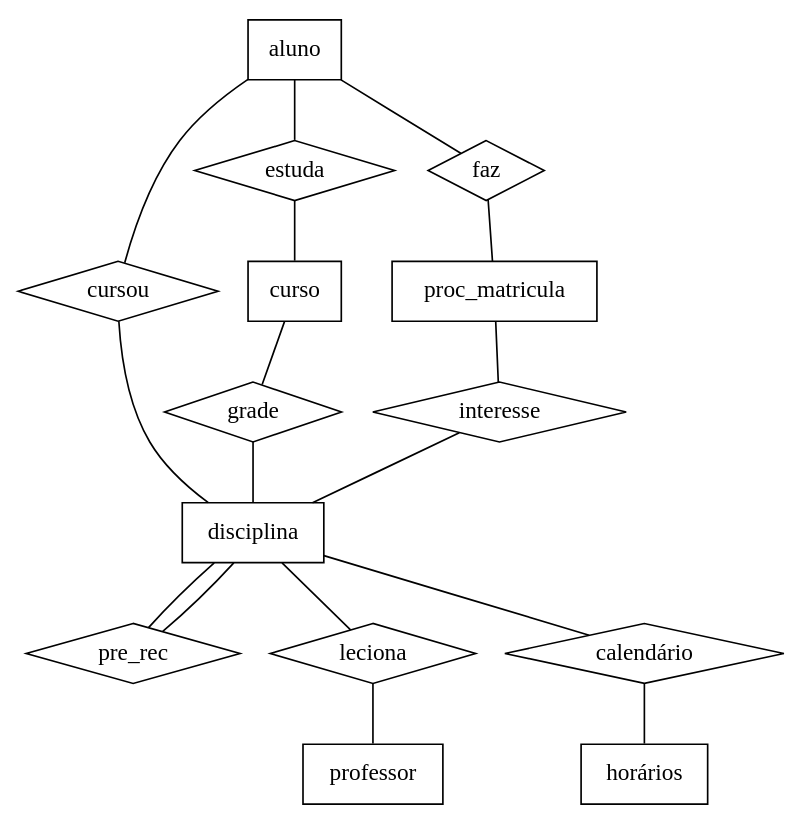
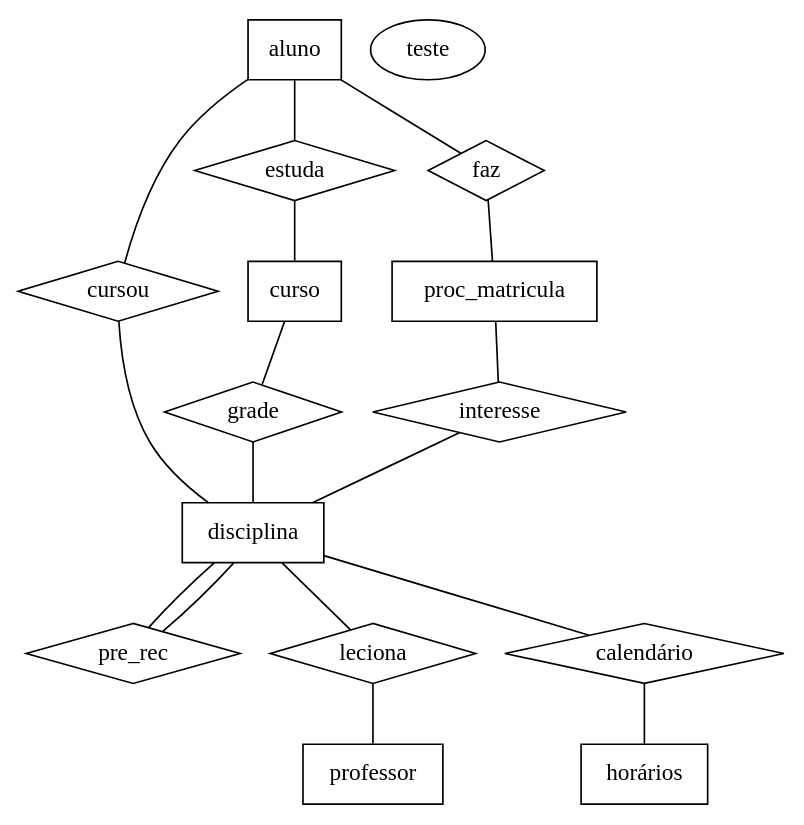
The diagram in diagramaER.dot (brunomarcosespindola/BCD), drawn with Graphviz before and after one commit.

Commit message:
primeiro teste com git

```diff
--- a/diagramaER.dot
+++ b/diagramaER.dot
@@ -1,32 +1,34 @@
 graph diagramaER {
 
 //ENTIDADES
 aluno [shape=record]
 disciplina [shape=record]
 professor [shape=record]
 curso [shape=record]
 horários[shape=record]
 proc_matricula [shape=record]
 
 
 //RELACIONAMENTOS
 cursou [shape=diamond]
 pre_rec [shape=diamond]
 leciona [shape=diamond]
 grade [shape=diamond]
 calendário [shape=diamond]
 interesse [shape=diamond]
 estuda [shape=diamond]
 faz [shape=diamond]
 
 
 //LIGAÇOES
 aluno -- cursou -- disciplina
 aluno -- faz -- proc_matricula
 aluno -- estuda -- curso
 curso -- grade -- disciplina
 disciplina -- leciona -- professor
 disciplina -- pre_rec -- disciplina
 disciplina -- calendário -- horários
 proc_matricula -- interesse -- disciplina
+
+ node0 [label = "teste"]
 }
```
